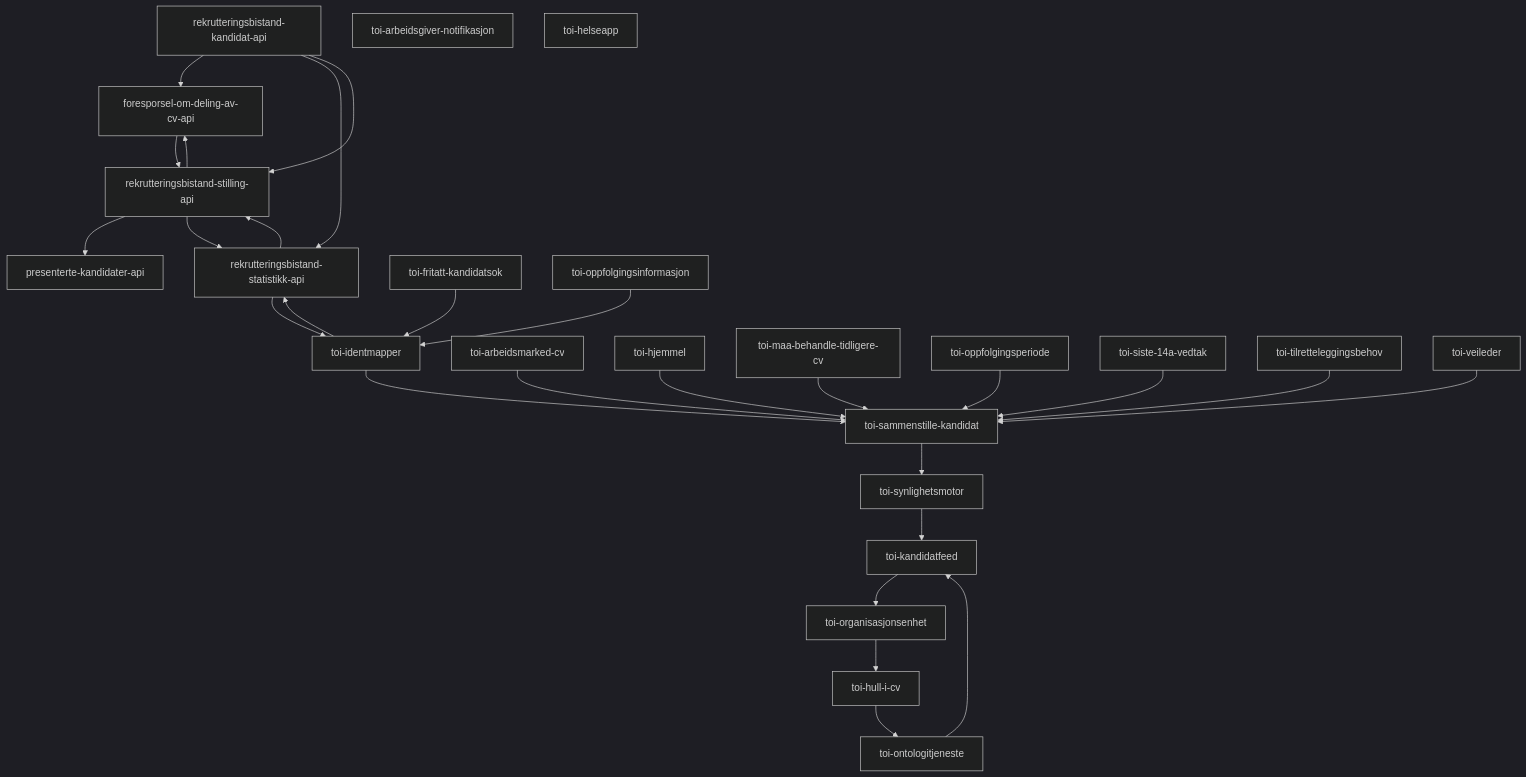
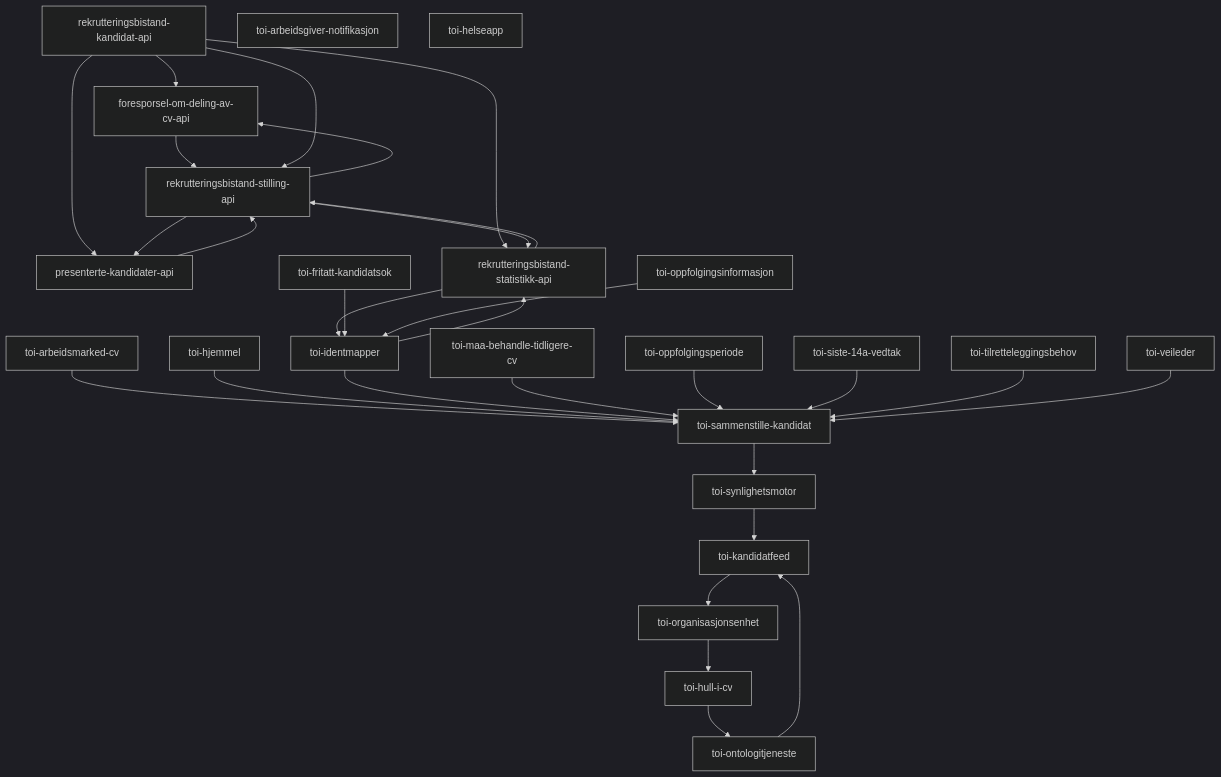
The diagram in README.md (navikt/toi-rapids-and-rivers-grapher), drawn with Mermaid (dark theme) before and after one commit. The commit also changed other lines of this file, not shown here.

Commit message:
oppdaterer graf

````diff
--- a/README.md
+++ b/README.md
@@ -5,31 +5,33 @@
 ```mermaid
 graph TD;
 foresporsel-om-deling-av-cv-api --> rekrutteringsbistand-stilling-api;
+presenterte-kandidater-api --> rekrutteringsbistand-stilling-api;
 rekrutteringsbistand-kandidat-api --> foresporsel-om-deling-av-cv-api;
+rekrutteringsbistand-kandidat-api --> presenterte-kandidater-api;
 rekrutteringsbistand-kandidat-api --> rekrutteringsbistand-statistikk-api;
 rekrutteringsbistand-kandidat-api --> rekrutteringsbistand-stilling-api;
 rekrutteringsbistand-statistikk-api --> rekrutteringsbistand-stilling-api;
 rekrutteringsbistand-statistikk-api --> toi-identmapper;
 rekrutteringsbistand-stilling-api --> foresporsel-om-deling-av-cv-api;
 rekrutteringsbistand-stilling-api --> presenterte-kandidater-api;
 rekrutteringsbistand-stilling-api --> rekrutteringsbistand-statistikk-api;
 toi-arbeidsgiver-notifikasjon;
 toi-arbeidsmarked-cv --> toi-sammenstille-kandidat;
 toi-fritatt-kandidatsok --> toi-identmapper;
 toi-helseapp;
 toi-hjemmel --> toi-sammenstille-kandidat;
 toi-hull-i-cv --> toi-ontologitjeneste;
 toi-identmapper --> rekrutteringsbistand-statistikk-api;
 toi-identmapper --> toi-sammenstille-kandidat;
 toi-kandidatfeed --> toi-organisasjonsenhet;
 toi-maa-behandle-tidligere-cv --> toi-sammenstille-kandidat;
 toi-ontologitjeneste --> toi-kandidatfeed;
 toi-oppfolgingsinformasjon --> toi-identmapper;
 toi-oppfolgingsperiode --> toi-sammenstille-kandidat;
 toi-organisasjonsenhet --> toi-hull-i-cv;
 toi-sammenstille-kandidat --> toi-synlighetsmotor;
 toi-siste-14a-vedtak --> toi-sammenstille-kandidat;
 toi-synlighetsmotor --> toi-kandidatfeed;
 toi-tilretteleggingsbehov --> toi-sammenstille-kandidat;
 toi-veileder --> toi-sammenstille-kandidat;
 ```
````
